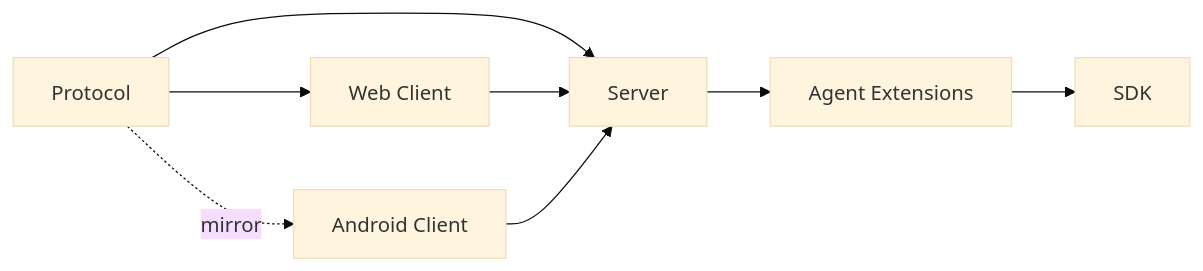
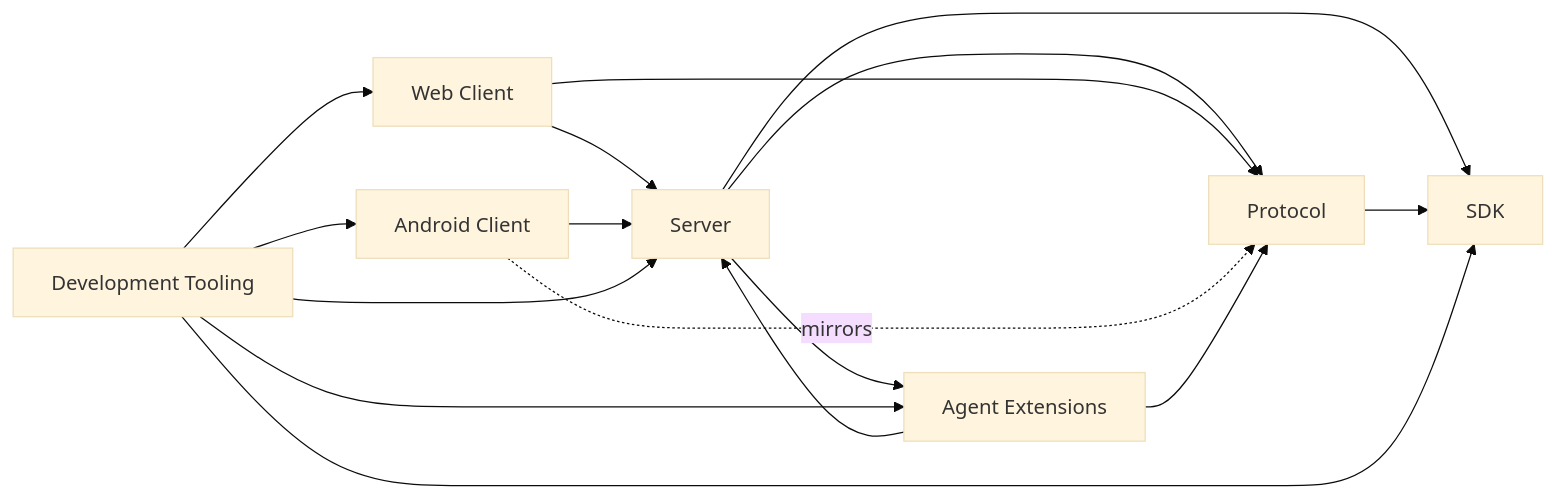
The first of 2 diagrams in codemap.md (alennartz/pimote), drawn with Mermaid (base theme) before and after one commit. The commit also changed other lines of this file, not shown here.

````diff
--- a/codemap.md
+++ b/codemap.md
@@ -7,10 +7,18 @@
 ```mermaid
 graph LR
-  Protocol --> Server
-  Protocol --> Web_Client[Web Client]
-  Protocol -.mirror.-> Android_Client[Android Client]
-  Web_Client --> Server
-  Android_Client --> Server
+  Server --> Protocol
+  Server --> SDK
   Server --> Agent_Extensions[Agent Extensions]
-  Agent_Extensions --> SDK
+  Web_Client[Web Client] --> Server
+  Web_Client --> Protocol
+  Android_Client[Android Client] --> Server
+  Android_Client -.mirrors.-> Protocol
+  Agent_Extensions --> Server
+  Agent_Extensions --> Protocol
+  Protocol --> SDK
+  Development_Tooling[Development Tooling] --> Server
+  Development_Tooling --> Web_Client
+  Development_Tooling --> Agent_Extensions
+  Development_Tooling --> SDK
+  Development_Tooling --> Android_Client
 ```
````
